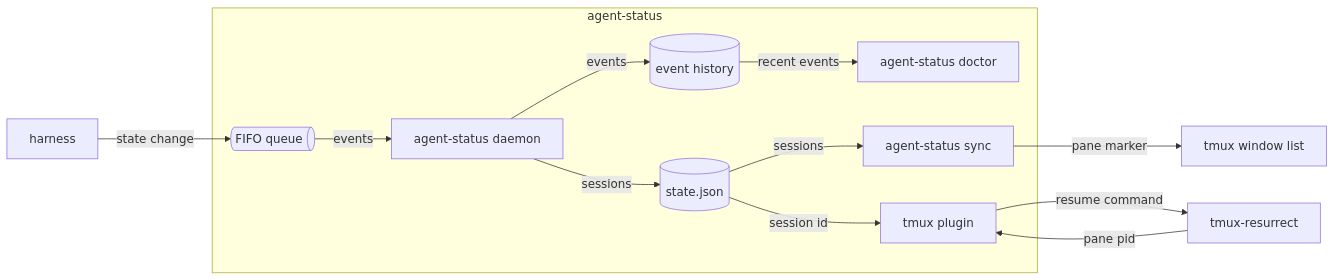
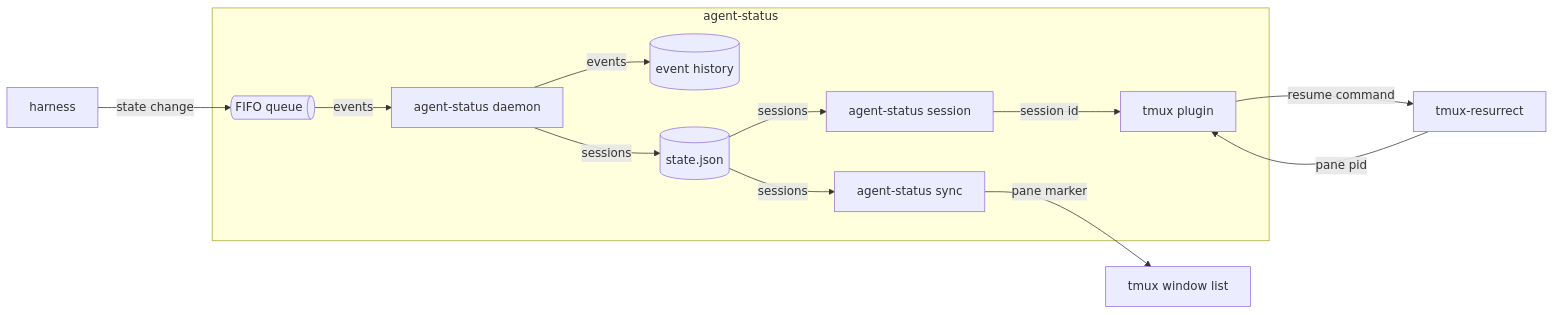
The first of 2 diagrams in docs/systems/agent-status/agent-status-spec.md (jvrsantacruz/agent-status), drawn with Mermaid before and after one commit. The commit also changed other lines of this file, not shown here.

Commit message:
docs: overview names the binary and session; session and render exit 0; markers kept as its own failure mode

````diff
--- a/docs/systems/agent-status/agent-status-spec.md
+++ b/docs/systems/agent-status/agent-status-spec.md
@@ -13,15 +15,15 @@
 ```mermaid
 flowchart LR
   agent[harness] -- state change --> fifo
   subgraph agent-status
     fifo@{ shape: h-cyl, label: "FIFO queue" } -- events --> daemon[agent-status daemon]
     daemon -- events --> db[(event history)]
-    db -- recent events --> doctor[agent-status doctor]
     daemon -- sessions --> state[(state.json)]
     state -- sessions --> sync[agent-status sync]
-    state -- session id --> plugin[tmux plugin]
+    state -- sessions --> session[agent-status session]
+    session -- session id --> plugin[tmux plugin]
   end
   sync -- pane marker --> tmux[tmux window list]
   resurrect[tmux-resurrect] -- pane pid --> plugin
   plugin -- resume command --> resurrect
 ```
````
